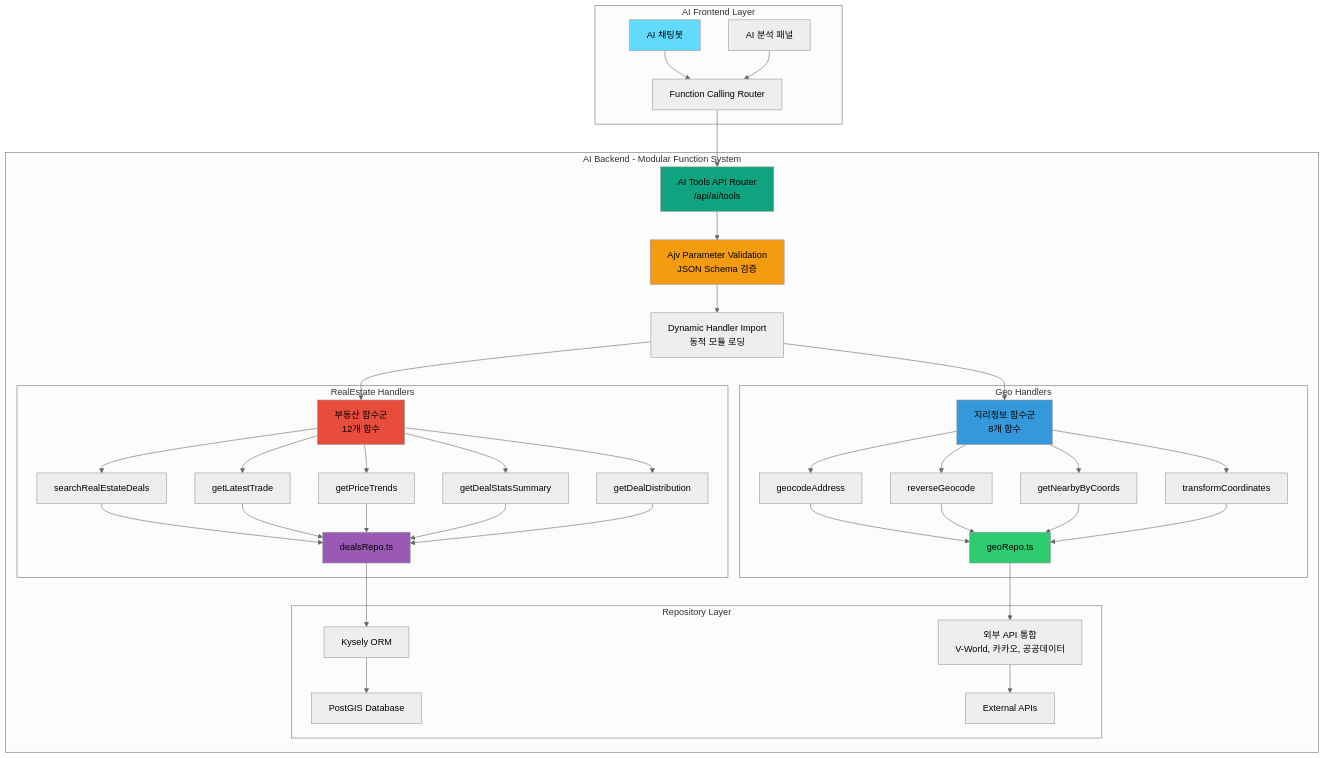
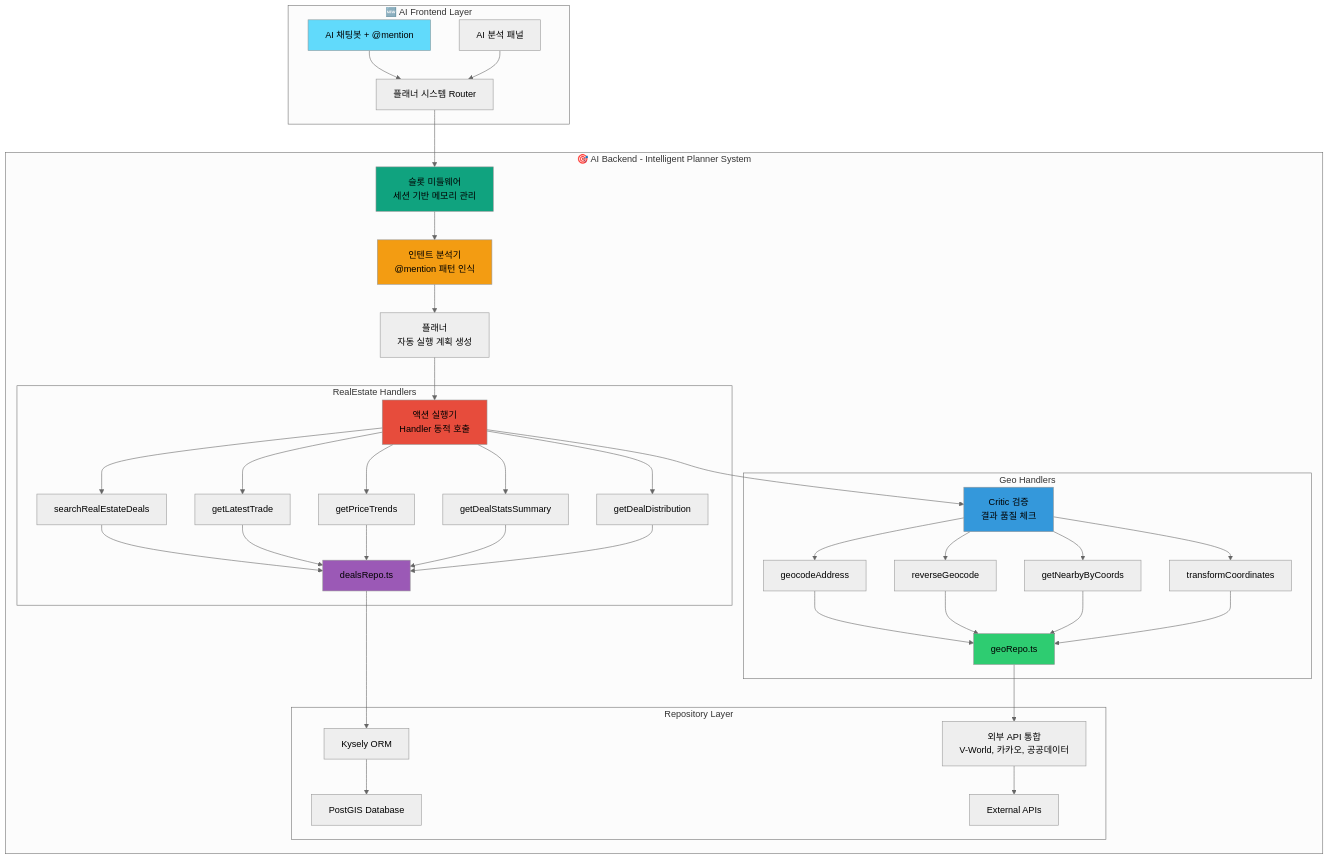
Before and after one commit to katnon/openimjang: the fourth of 6 diagrams in README.md, drawn with Mermaid (neutral theme). The commit also changed other lines of this file and 5 other files, not shown here.

````diff
--- a/README.md
+++ b/README.md
@@ -886,48 +963,48 @@
 ```mermaid
 graph TB
-    subgraph "AI Frontend Layer"
-        A[AI 채팅봇] --> B[Function Calling Router]
+    subgraph "🆕 AI Frontend Layer"
+        A[AI 채팅봇 + @mention] --> B[플래너 시스템 Router]
         C[AI 분석 패널] --> B
     end
     
-    subgraph "AI Backend - Modular Function System"
-        B --> D["AI Tools API Router<br/>/api/ai/tools"]
-        D --> E[Ajv Parameter Validation<br/>JSON Schema 검증]
-        E --> F[Dynamic Handler Import<br/>동적 모듈 로딩]
+    subgraph "🎯 AI Backend - Intelligent Planner System"
+        B --> D["슬롯 미들웨어<br/>세션 기반 메모리 관리"]
+        D --> E[인텐트 분석기<br/>@mention 패턴 인식]
+        E --> F[플래너<br/>자동 실행 계획 생성]
         
-        F --> G[부동산 함수군<br/>12개 함수]
-        F --> H[지리정보 함수군<br/>8개 함수]
+        F --> G[액션 실행기<br/>Handler 동적 호출]
+        G --> H[Critic 검증<br/>결과 품질 체크]
         
         subgraph "RealEstate Handlers"
             G1[searchRealEstateDeals] --> R1[dealsRepo.ts]
             G2[getLatestTrade] --> R1
             G3[getPriceTrends] --> R1
             G4[getDealStatsSummary] --> R1
             G5[getDealDistribution] --> R1
             G --> G1 & G2 & G3 & G4 & G5
         end
         
         subgraph "Geo Handlers" 
             H1[geocodeAddress] --> R2[geoRepo.ts]
             H2[reverseGeocode] --> R2
             H3[getNearbyByCoords] --> R2
             H4[transformCoordinates] --> R2
             H --> H1 & H2 & H3 & H4
         end
         
         subgraph "Repository Layer"
             R1 --> I[Kysely ORM]
             R2 --> J[외부 API 통합<br/>V-World, 카카오, 공공데이터]
             I --> K[PostGIS Database]
             J --> L[External APIs]
         end
     end
     
     style A fill:#61dafb
     style D fill:#10a37f
     style E fill:#f39c12
     style G fill:#e74c3c
     style H fill:#3498db
     style R1 fill:#9b59b6
     style R2 fill:#2ecc71
 ```
````
